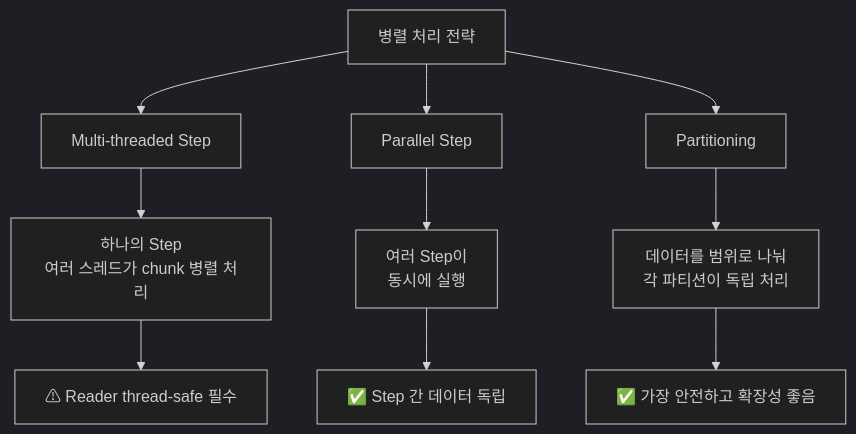
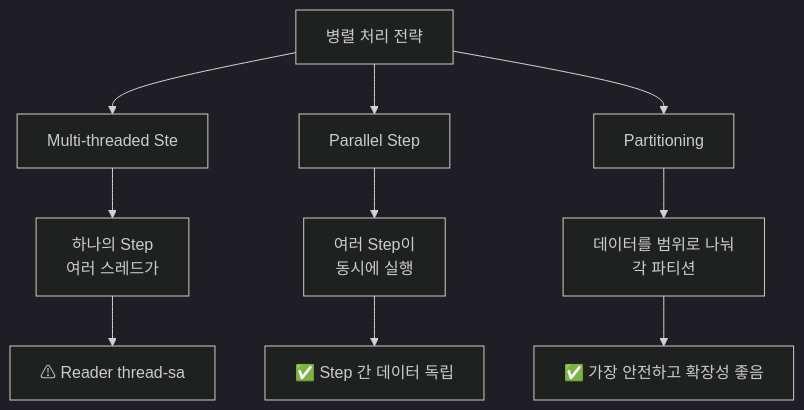
The first of 6 diagrams in _posts/batch/2026-05-03-spring-batch-partitioning.md (yjkim2015/yjkim2015.github.io), drawn with Mermaid (dark theme) before and after one commit. The commit also changed other lines of this file and 271 other files, not shown here.

First line of the commit message:
Mermaid 라벨 축소: 긴 노드 텍스트 18자 이하로 트림 + \n 제거

````diff
--- a/_posts/batch/2026-05-03-spring-batch-partitioning.md
+++ b/_posts/batch/2026-05-03-spring-batch-partitioning.md
@@ -28,12 +28,12 @@
 ```mermaid
 flowchart TD
-    A["병렬 처리 전략"] --> B["Multi-threaded Step"]
+    A["병렬 처리 전략"] --> B["Multi-threaded Ste"]
     A --> C["Parallel Step"]
     A --> D["Partitioning"]
-    B --> B1["하나의 Step\n여러 스레드가 chunk 병렬 처리"]
+    B --> B1["하나의 Step\n여러 스레드가"]
     C --> C1["여러 Step이\n동시에 실행"]
-    D --> D1["데이터를 범위로 나눠\n각 파티션이 독립 처리"]
-    B1 --> B2["⚠ Reader thread-safe 필수"]
+    D --> D1["데이터를 범위로 나눠\n각 파티션"]
+    B1 --> B2["⚠ Reader thread-sa"]
     C1 --> C2["✅ Step 간 데이터 독립"]
     D1 --> D2["✅ 가장 안전하고 확장성 좋음"]
 ```
````
